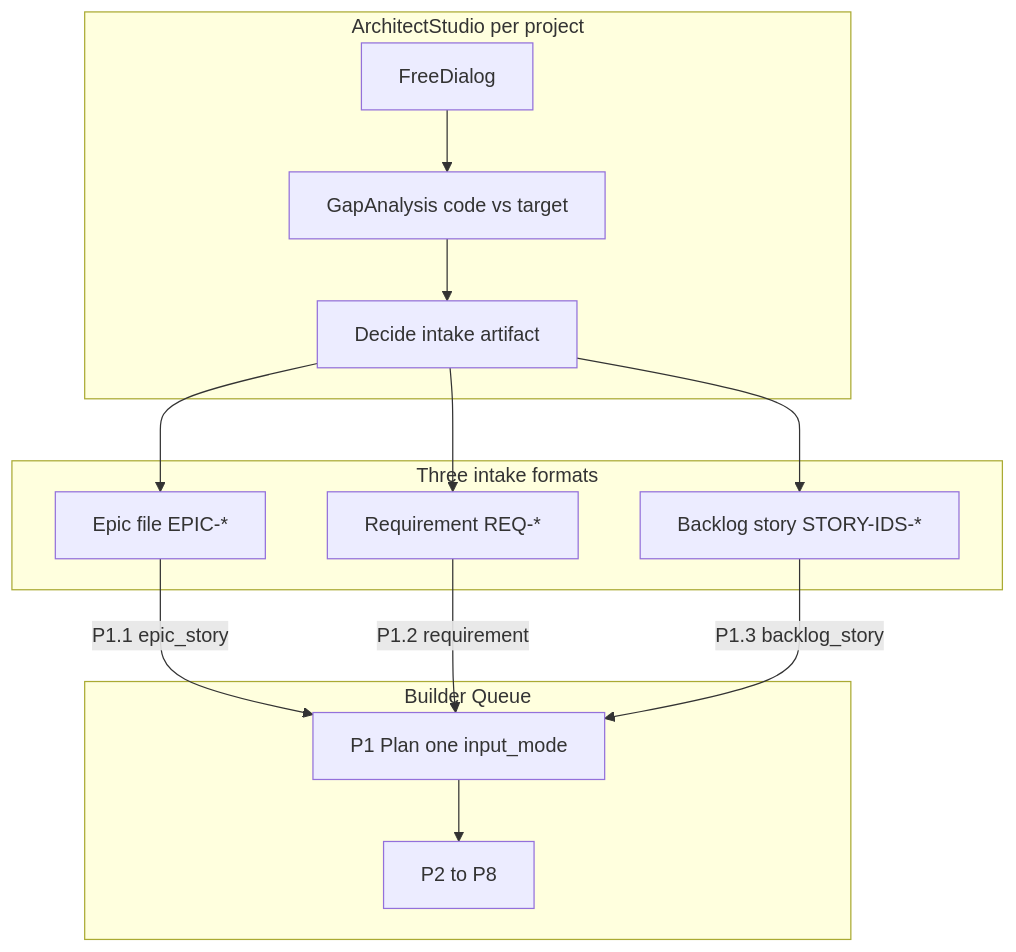
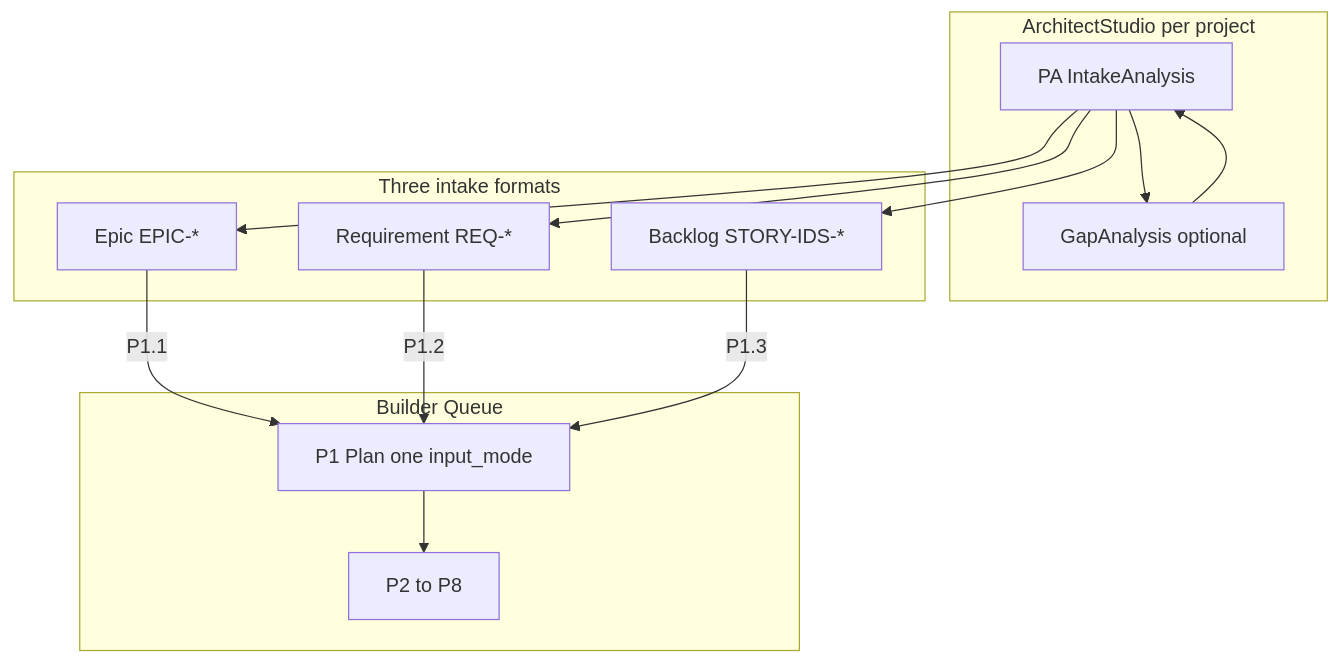
The first of 2 diagrams in Zeya888-builder-queue/curriculum/06-architect-studio-and-p1-intakes.md (eslinko/cursor-rules), drawn with Mermaid before and after one commit. The commit also changed other lines of this file and 22 other files, not shown here.

First line of the commit message:
docs(builder-queue): fixed plan attach flow, P6 prompts, scripts contract (v1.4.8)

````diff
--- a/Zeya888-builder-queue/curriculum/06-architect-studio-and-p1-intakes.md
+++ b/Zeya888-builder-queue/curriculum/06-architect-studio-and-p1-intakes.md
@@ -17,26 +17,25 @@
 ```mermaid
 flowchart TB
   subgraph studio [ArchitectStudio per project]
-    dialog[FreeDialog]
-    gap[GapAnalysis code vs target]
-    decide[Decide intake artifact]
+    pa[PA IntakeAnalysis]
+    gap[GapAnalysis optional]
   end
   subgraph artifacts [Three intake formats]
-    epic[Epic file EPIC-*]
+    epic[Epic EPIC-*]
     req[Requirement REQ-*]
-    backlog[Backlog story STORY-IDS-*]
+    backlog[Backlog STORY-IDS-*]
   end
   subgraph builder [Builder Queue]
     p1[P1 Plan one input_mode]
     p2p8[P2 to P8]
   end
-  dialog --> gap
-  gap --> decide
-  decide --> epic
-  decide --> req
-  decide --> backlog
-  epic -->|P1.1 epic_story| p1
-  req -->|P1.2 requirement| p1
-  backlog -->|P1.3 backlog_story| p1
+  pa --> gap
+  gap --> pa
+  pa --> epic
+  pa --> req
+  pa --> backlog
+  epic -->|P1.1| p1
+  req -->|P1.2| p1
+  backlog -->|P1.3| p1
   p1 --> p2p8
 ```
````
